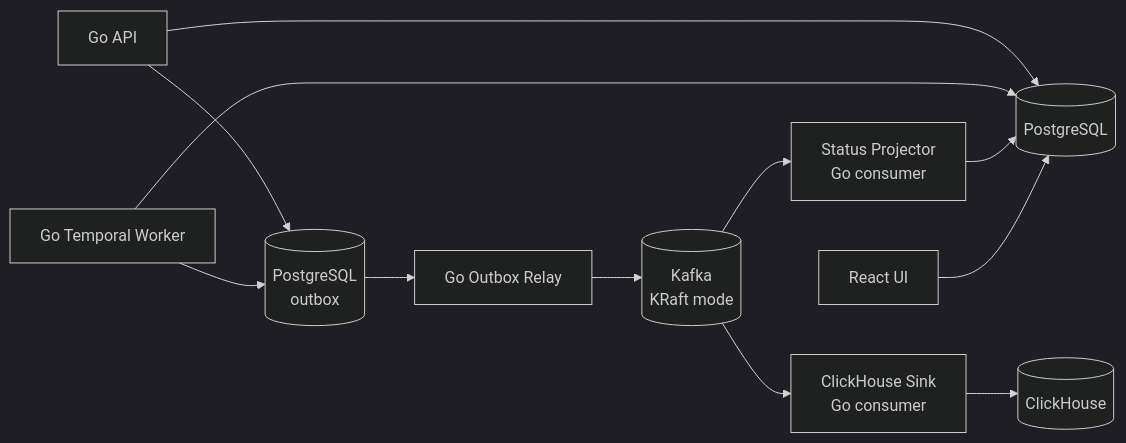
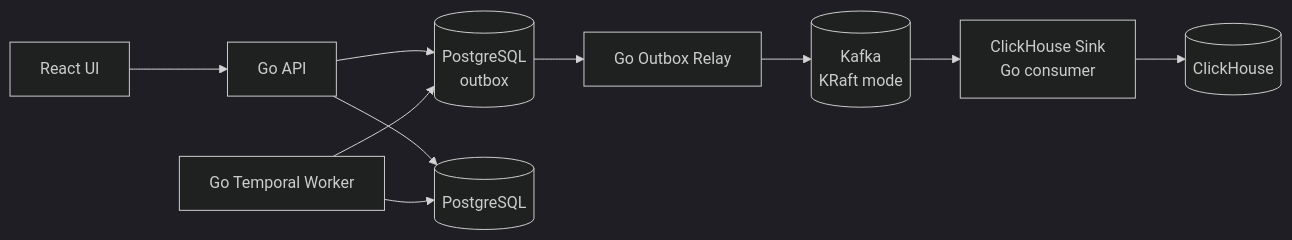
The diagram in docs/kafka-event-streaming.md (Asklit/valorant-vod-coach), drawn with Mermaid (dark theme) before and after one commit. The commit also changed other lines of this file and 7 other files, not shown here.

Commit message:
docs: align architecture with delivered product

````diff
--- a/docs/kafka-event-streaming.md
+++ b/docs/kafka-event-streaming.md
@@ -29,25 +29,22 @@
 ```mermaid
 flowchart LR
   api[Go API]
   worker[Go Temporal Worker]
   outbox[(PostgreSQL<br/>outbox)]
   relay[Go Outbox Relay]
   kafka[(Kafka<br/>KRaft mode)]
   chsink[ClickHouse Sink<br/>Go consumer]
-  status[Status Projector<br/>Go consumer]
   ch[(ClickHouse)]
   pg[(PostgreSQL)]
   ui[React UI]
 
   api --> pg
   api --> outbox
   worker --> pg
   worker --> outbox
   outbox --> relay
   relay --> kafka
   kafka --> chsink
   chsink --> ch
-  kafka --> status
-  status --> pg
-  ui --> pg
+  ui --> api
 ```
````
